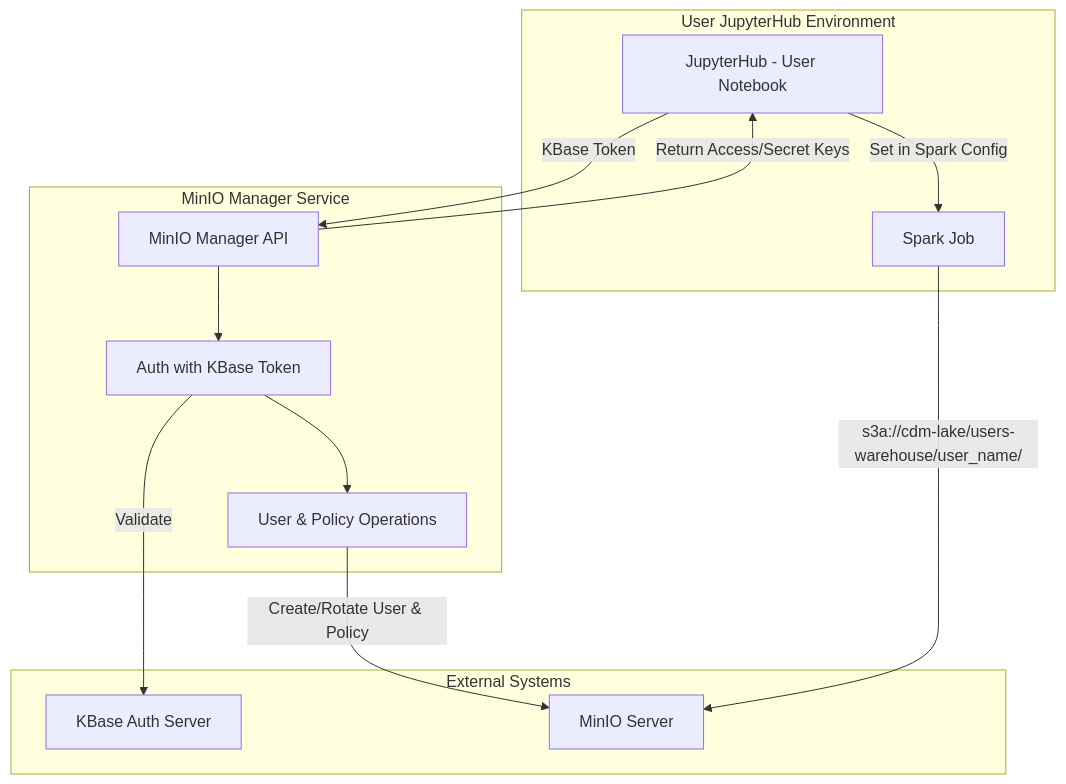
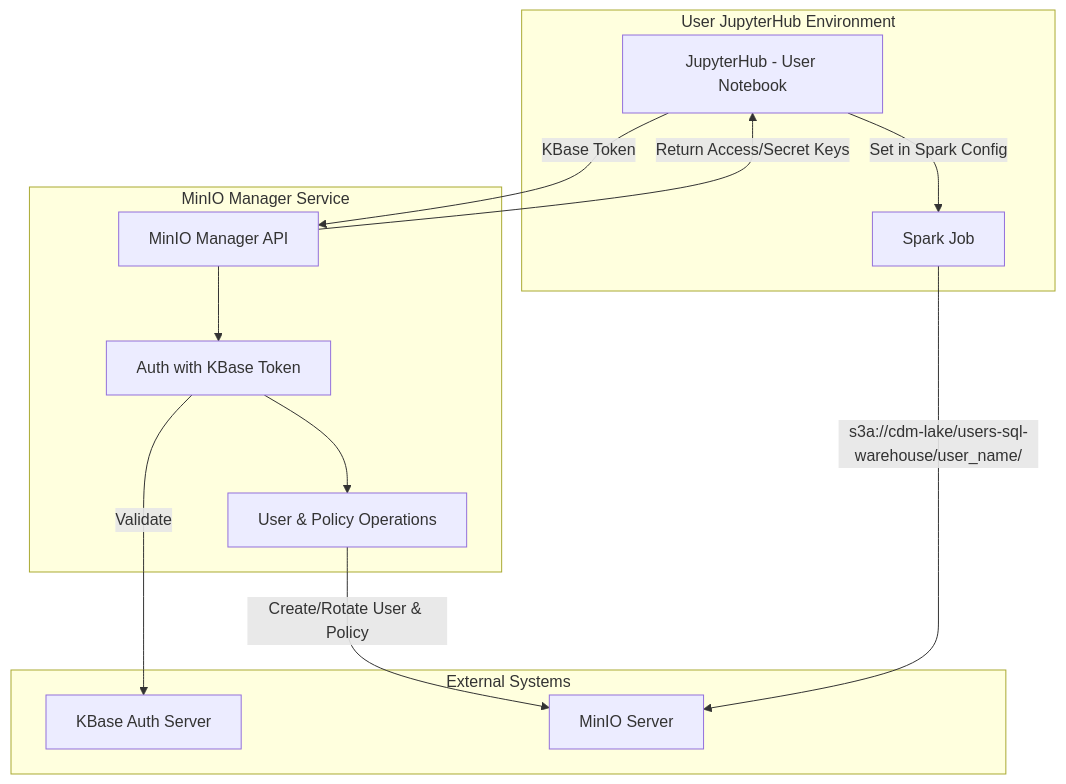
One commit to kbase/cdm-minio-service changed the diagram in docs/design.md. Above: the diagram before and after it, drawn with Mermaid. The commit also changed other lines of this file and 2 other files, not shown here.

Commit message:
create user general dir

````diff
--- a/docs/design.md
+++ b/docs/design.md
@@ -38,27 +43,27 @@
 ```mermaid
 flowchart TD
     subgraph User JupyterHub Environment
         JupyterHub[JupyterHub - User Notebook]
         SparkApp[Spark Job]
     end
 
     subgraph MinIO Manager Service
         API[MinIO Manager API]
         Auth[Auth with KBase Token]
         MinIOOps[User & Policy Operations]
     end
 
     subgraph External Systems
         KBase[KBase Auth Server]
         MinIO[MinIO Server]
     end
 
     JupyterHub -->|KBase Token| API
     API --> Auth
     Auth -->|Validate| KBase
     Auth --> MinIOOps
     MinIOOps -->|Create/Rotate User & Policy| MinIO
     API -->|Return Access/Secret Keys| JupyterHub
     JupyterHub -->|Set in Spark Config| SparkApp
-    SparkApp -->|s3a://cdm-lake/users-warehouse/user_name/| MinIO
+    SparkApp -->|s3a://cdm-lake/users-sql-warehouse/user_name/| MinIO
 ```
````
